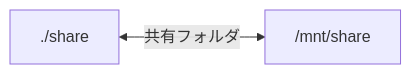
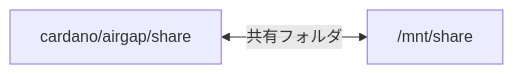
One commit to e-frontier-systems/spojapanguild changed the diagram in docs/setup/docker-air-gap-guid.md. Above: the diagram before and after it, drawn with Mermaid. The commit also changed other lines of this file, not shown here.

````diff
--- a/docs/setup/docker-air-gap-guid.md
+++ b/docs/setup/docker-air-gap-guid.md
@@ -189,4 +276,4 @@
     ``` mermaid
     graph LR
-        A["./share"] <-->|共有フォルダ| B["/mnt/share"];
+        A["cardano/airgap/share"] <-->|共有フォルダ| B["/mnt/share"];
     ```
````
